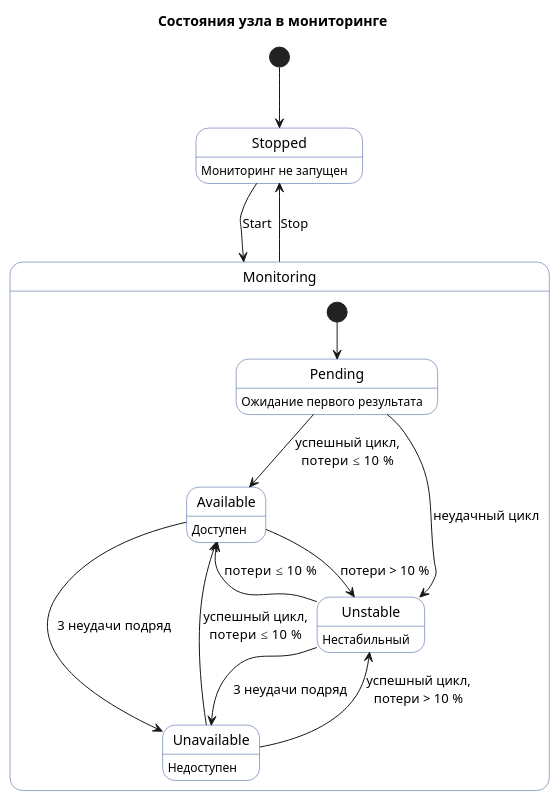
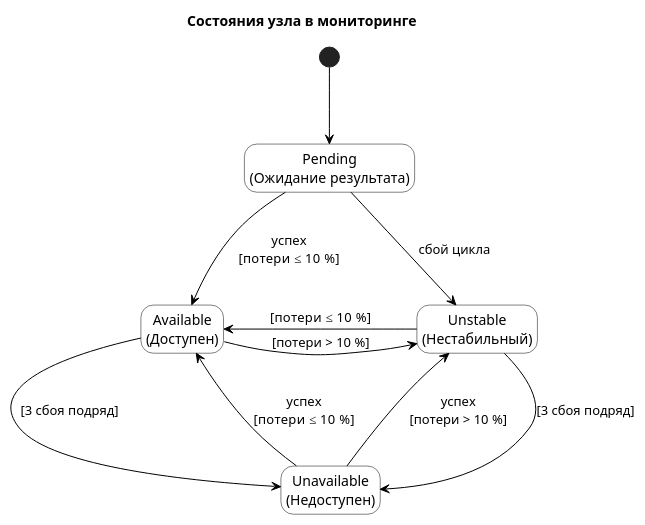
The diagram in docs/uml/src/state-host-status.puml (Levandovskii/liquid-ping), drawn with PlantUML before and after one commit. The commit also changed 10 other files, not shown here.

Commit message:
fix: diagrams revision

```diff
--- a/docs/uml/src/state-host-status.puml
+++ b/docs/uml/src/state-host-status.puml
@@ -1,29 +1,33 @@
 @startuml
+hide empty description
+skinparam monochrome true
 skinparam shadowing false
+skinparam defaultTextAlignment center
+skinparam StateTextAlignment center
 skinparam StateBackgroundColor #FFFFFF
-skinparam StateBorderColor #334E96
+skinparam StateBorderColor #000000
+skinparam ArrowColor #000000
+skinparam nodesep 90
+skinparam ranksep 75
+
 title Состояния узла в мониторинге
 
-[*] --> Stopped
-state Stopped : Мониторинг не запущен
+state "Pending\n(Ожидание результата)" as Pending
+state "Available\n(Доступен)" as Available
+state "Unstable\n(Нестабильный)" as Unstable
+state "Unavailable\n(Недоступен)" as Unavailable
 
-state Monitoring {
-    [*] --> Pending
-    state Pending : Ожидание первого результата
-    state Available : Доступен
-    state Unstable : Нестабильный
-    state Unavailable : Недоступен
+[*] -down-> Pending
 
-    Pending --> Available : успешный цикл,\nпотери ≤ 10 %
-    Pending --> Unstable : неудачный цикл
-    Available --> Unstable : потери > 10 %
-    Unstable --> Available : потери ≤ 10 %
-    Available --> Unavailable : 3 неудачи подряд
-    Unstable --> Unavailable : 3 неудачи подряд
-    Unavailable --> Unstable : успешный цикл,\nпотери > 10 %
-    Unavailable --> Available : успешный цикл,\nпотери ≤ 10 %
-}
+Pending -down-> Available : успех\n[потери ≤ 10 %]
+Pending -down-> Unstable : сбой цикла
 
-Stopped --> Monitoring : Start
-Monitoring --> Stopped : Stop
+Available -right-> Unstable : [потери > 10 %]
+Unstable -left-> Available : [потери ≤ 10 %]
+
+Available -down-> Unavailable : [3 сбоя подряд]
+Unstable -left-> Unavailable : [3 сбоя подряд]
+
+Unavailable -up-> Available : успех\n[потери ≤ 10 %]
+Unavailable -left-> Unstable : успех\n[потери > 10 %]
 @enduml
```
